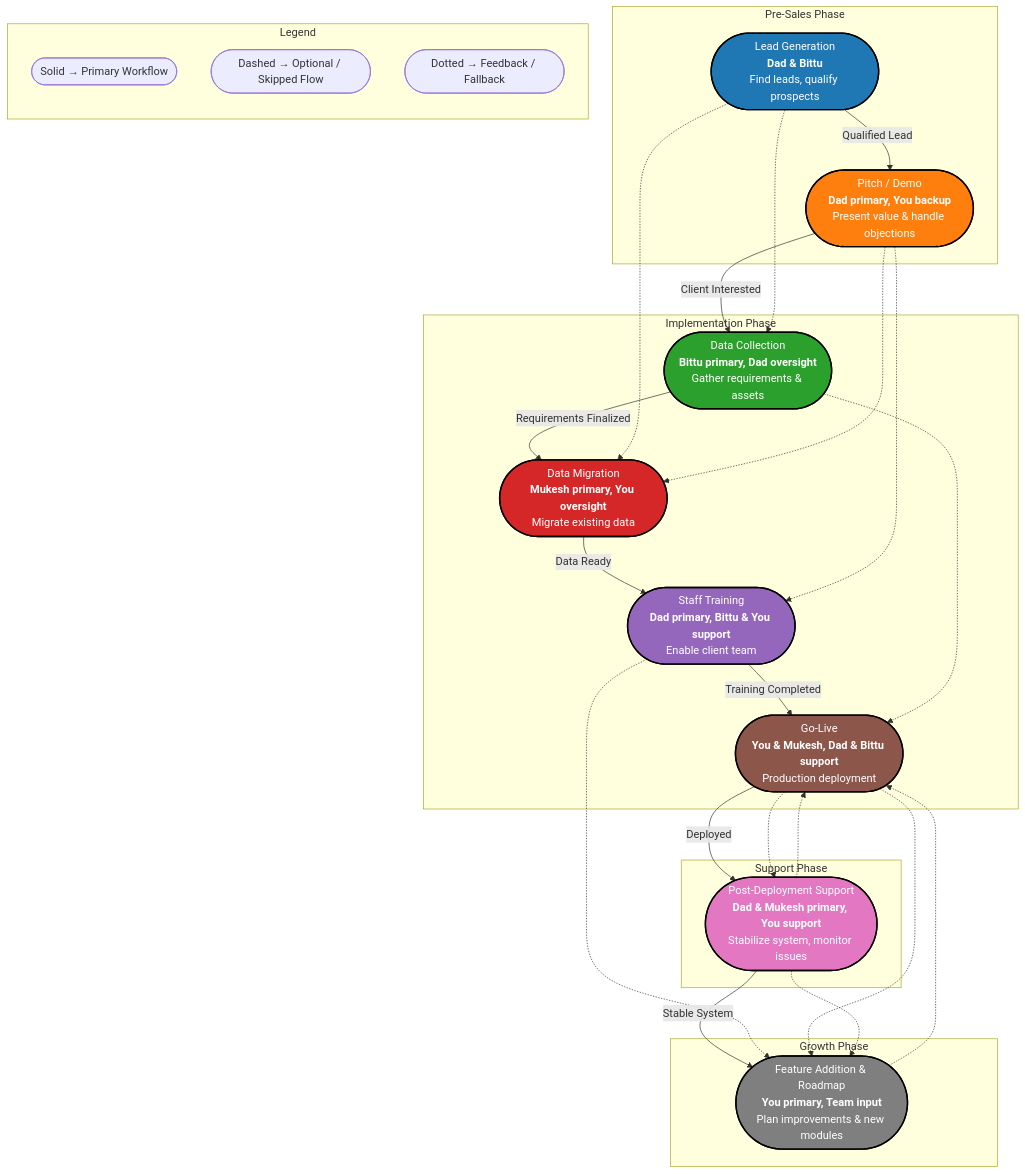
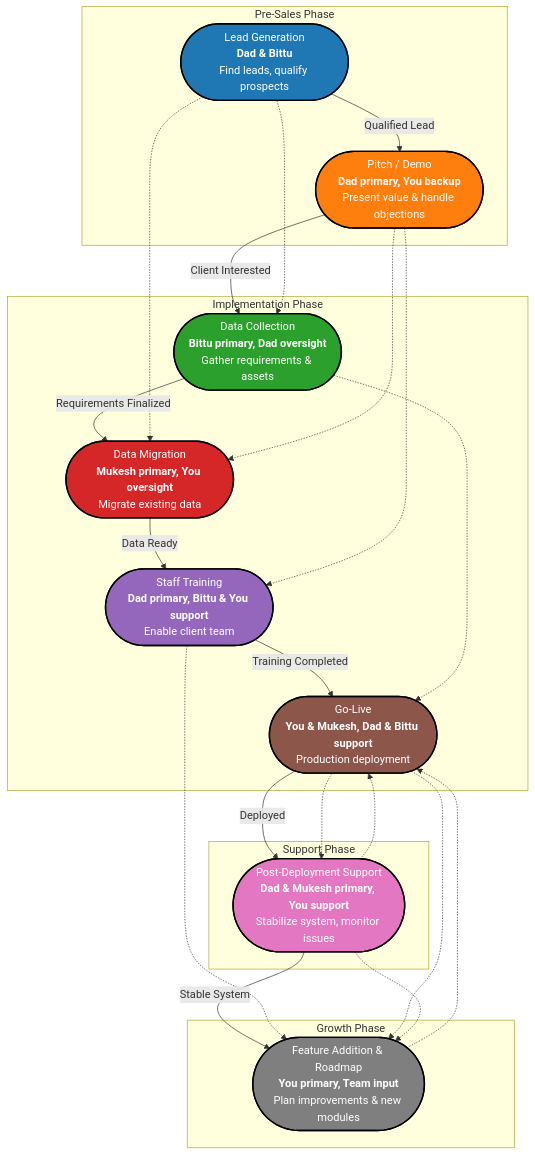
Before and after one commit to AdityaNarayan29/masstCampus: the diagram in master-flow.md, drawn with Mermaid. The commit also changed 3 other files, not shown here.

Commit message:
feat: flow udpates

````diff
--- a/master-flow.md
+++ b/master-flow.md
@@ -111,77 +111,67 @@
 ```mermaid
 flowchart TD
     %% =====================
     %%  STYLE DEFINITIONS
     %% =====================
     style A fill:#1F77B4,stroke:#000,stroke-width:2px,color:#fff
     style B fill:#FF7F0E,stroke:#000,stroke-width:2px,color:#fff
     style C fill:#2CA02C,stroke:#000,stroke-width:2px,color:#fff
     style D fill:#D62728,stroke:#000,stroke-width:2px,color:#fff
     style E fill:#9467BD,stroke:#000,stroke-width:2px,color:#fff
     style F fill:#8C564B,stroke:#000,stroke-width:2px,color:#fff
     style G fill:#E377C2,stroke:#000,stroke-width:2px,color:#fff
     style H fill:#7F7F7F,stroke:#000,stroke-width:2px,color:#fff
 
     %% =====================
     %%  PHASE GROUPS
     %% =====================
     subgraph PreSales[Pre-Sales Phase]
       A([Lead Generation<br><b>Dad & Bittu</b><br>Find leads, qualify prospects])
       B([Pitch / Demo<br><b>Dad primary, You backup</b><br>Present value & handle objections])
     end
 
     subgraph Implementation[Implementation Phase]
       C([Data Collection<br><b>Bittu primary, Dad oversight</b><br>Gather requirements & assets])
       D([Data Migration<br><b>Mukesh primary, You oversight</b><br>Migrate existing data])
       E([Staff Training<br><b>Dad primary, Bittu & You support</b><br>Enable client team])
       F([Go-Live<br><b>You & Mukesh, Dad & Bittu support</b><br>Production deployment])
     end
 
     subgraph Support[Support Phase]
       G([Post-Deployment Support<br><b>Dad & Mukesh primary, You support</b><br>Stabilize system, monitor issues])
     end
 
     subgraph Growth[Growth Phase]
       H([Feature Addition & Roadmap<br><b>You primary, Team input</b><br>Plan improvements & new modules])
     end
 
     %% =====================
     %%  MAIN LINEAR FLOW (LABELS OK)
     %% =====================
     A -->|Qualified Lead| B
     B -->|Client Interested| C
     C -->|Requirements Finalized| D
     D -->|Data Ready| E
     E -->|Training Completed| F
     F -->|Deployed| G
     G -->|Stable System| H
 
     %% =====================
     %%  OPTIONAL / FAST TRACK FLOWS (no labels, GitHub safe)
     %% =====================
     A -.-> C
     A -.-> D
     B -.-> D
     B -.-> E
     C -.-> F
     E -.-> H
     F -.-> H
 
     %% =====================
     %%  FEEDBACK / FALLBACK LOOPS
     %% =====================
     F -.-> G
     G -.-> F
     G -.-> H
     H -.-> F
-
-    %% =====================
-    %%  LEGEND
-    %% =====================
-    subgraph Legend[Legend]
-      direction TB
-      L1([Solid → Primary Workflow])
-      L2([Dashed → Optional / Skipped Flow])
-      L3([Dotted → Feedback / Fallback])
-    end
 ```
````
